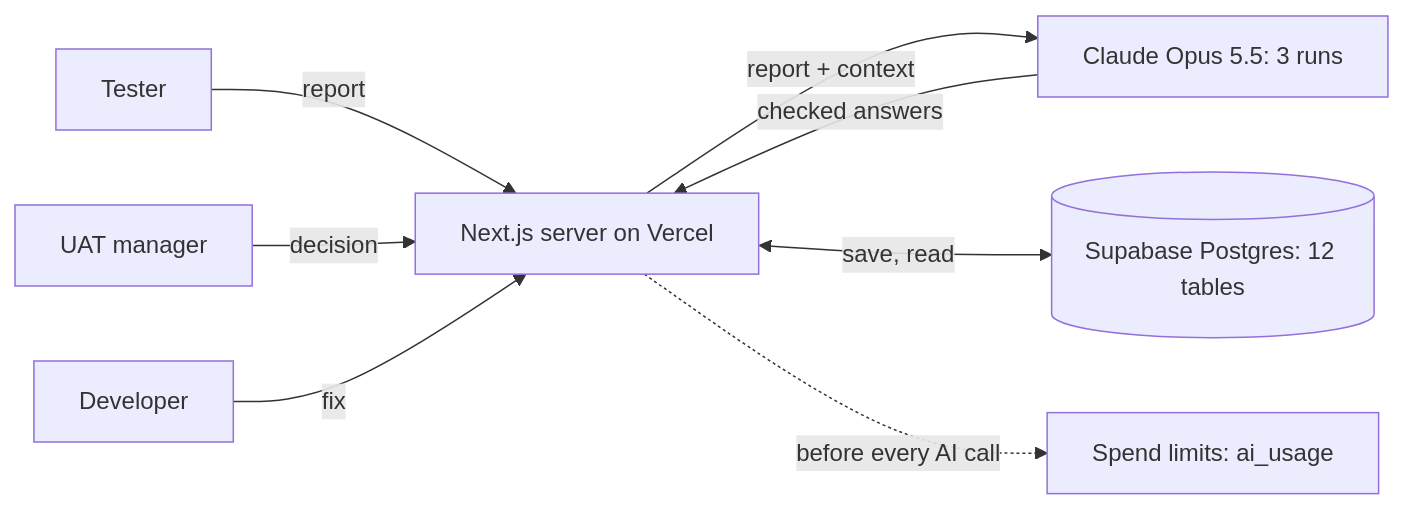
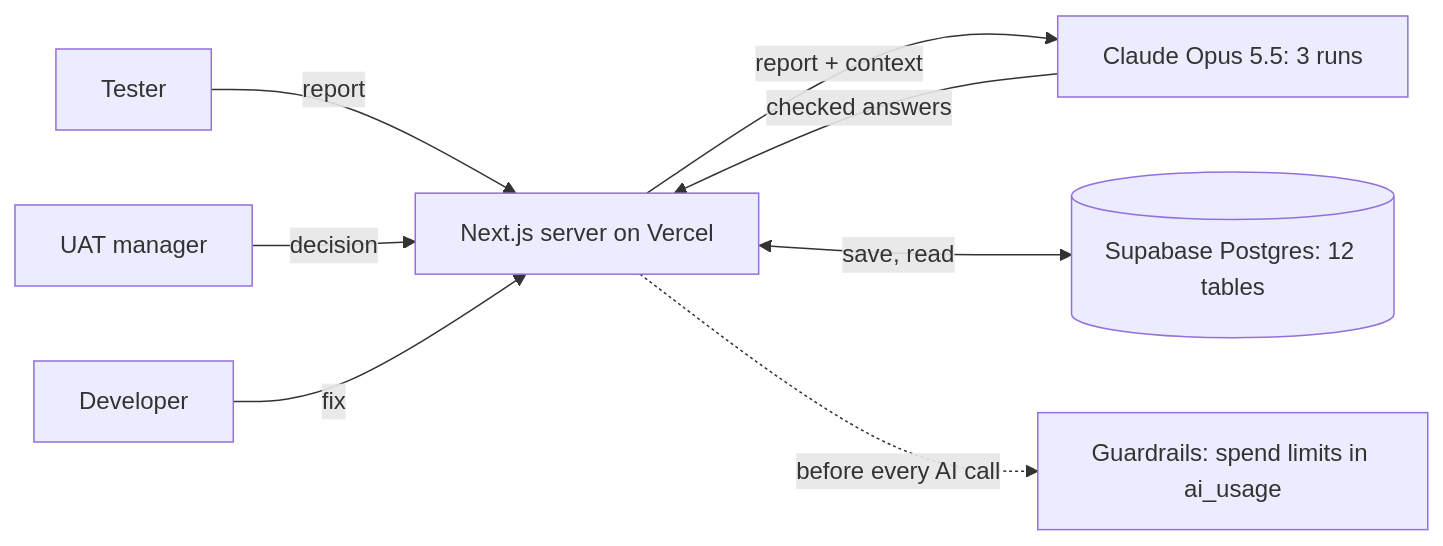
The diagram in README.md (borasozer/uat-untangled), drawn with Mermaid before and after one commit. The commit also changed other lines of this file and 20 other files, not shown here.

````diff
--- a/README.md
+++ b/README.md
@@ -54,10 +54,10 @@
 ```mermaid
 flowchart LR
   T[Tester] -->|report| S
   M[UAT manager] -->|decision| S
   D[Developer] -->|fix| S
   S[Next.js server on Vercel] -->|report + context| C[Claude Opus 5.5: 3 runs]
   C -->|checked answers| S
   S <-->|save, read| DB[(Supabase Postgres: 12 tables)]
-  S -.->|before every AI call| G[Spend limits: ai_usage]
+  S -.->|before every AI call| G[Guardrails: spend limits in ai_usage]
 ```
````
